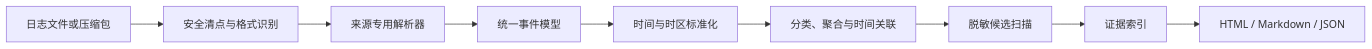
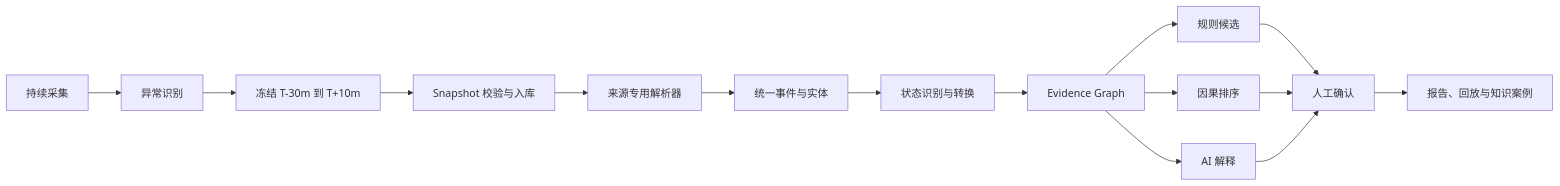
The third of 3 diagrams in README.md (pc-study/dbsleuth), drawn with Mermaid before and after one commit. The commit also changed other lines of this file, not shown here.

````diff
--- a/README.md
+++ b/README.md
@@ -76,11 +268,17 @@
 ```mermaid
 flowchart LR
-    A["日志文件或压缩包"] --> B["安全清点与格式识别"]
-    B --> C["来源专用解析器"]
-    C --> D["统一事件模型"]
-    D --> E["时间与时区标准化"]
-    E --> F["分类、聚合与时间关联"]
-    F --> G["脱敏候选扫描"]
-    G --> H["证据索引"]
-    H --> I["HTML / Markdown / JSON"]
+    A["持续采集"] --> B["异常识别"]
+    B --> C["冻结 T-30m 到 T+10m"]
+    C --> D["Snapshot 校验与入库"]
+    D --> E["来源专用解析器"]
+    E --> F["统一事件与实体"]
+    F --> G["状态识别与转换"]
+    G --> H["Evidence Graph"]
+    H --> I["规则候选"]
+    H --> J["因果排序"]
+    H --> K["AI 解释"]
+    I --> L["人工确认"]
+    J --> L
+    K --> L
+    L --> M["报告、回放与知识案例"]
 ```
````
